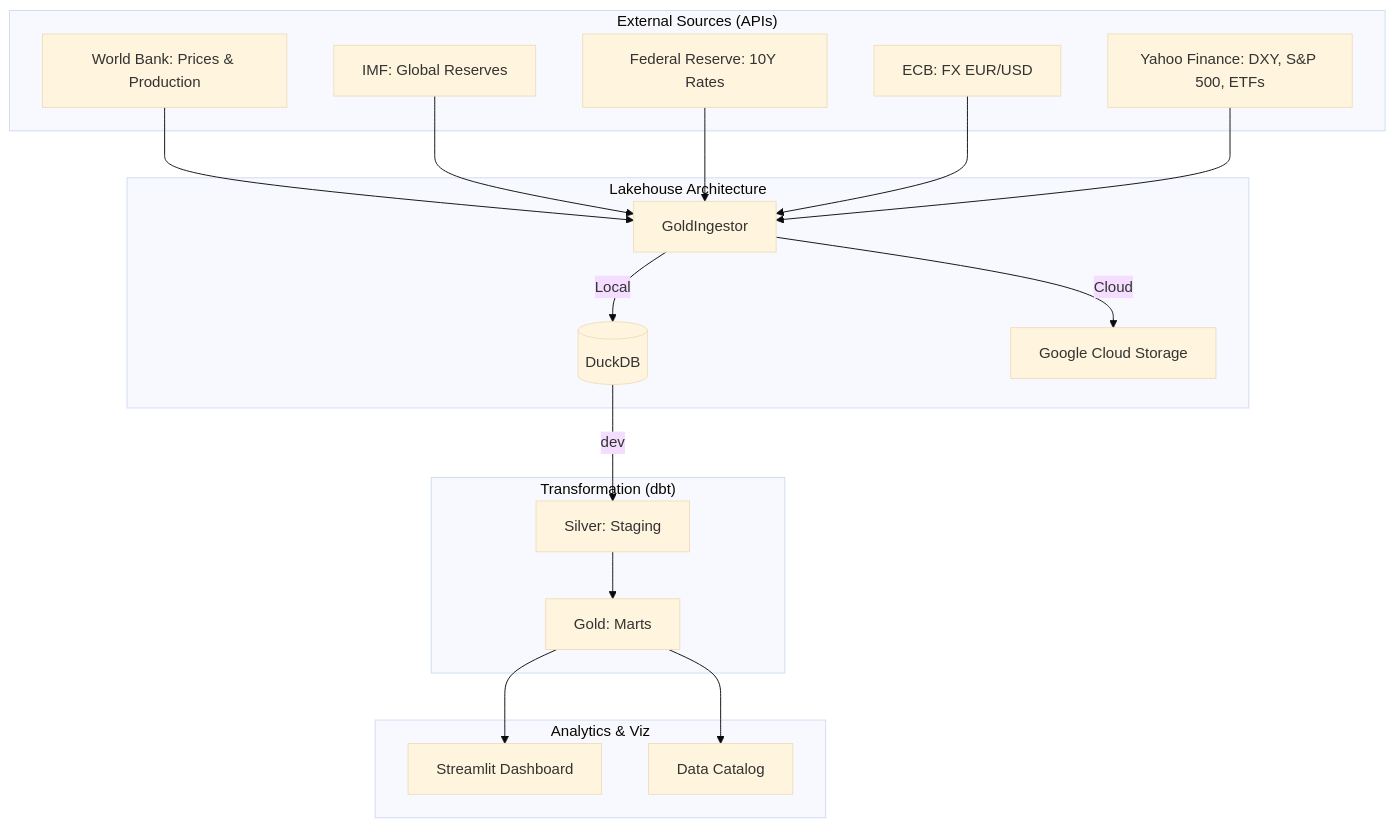
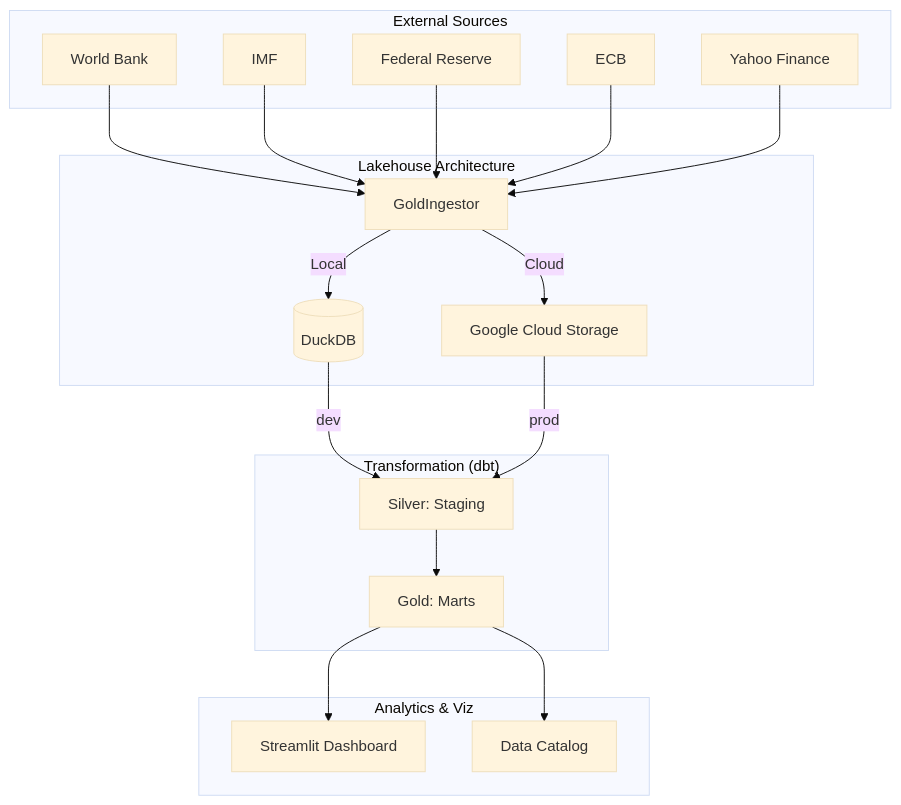
Before and after one commit to flo-kaiser/data_engineering_project: the diagram in README.md, drawn with Mermaid (base theme). The commit also changed other lines of this file, not shown here.

````diff
--- a/README.md
+++ b/README.md
@@ -14,27 +14,28 @@
 ```mermaid
 graph TD
-    subgraph "External Sources (APIs)"
-        WB[World Bank: Prices & Production]
-        IMF[IMF: Global Reserves]
-        FED[Federal Reserve: 10Y Rates]
-        ECB[ECB: FX EUR/USD]
-        YF[Yahoo Finance: DXY, S&P 500, ETFs]
+    subgraph "External Sources"
+        WB[World Bank]
+        IMF[IMF]
+        FED[Federal Reserve]
+        ECB[ECB]
+        YF[Yahoo Finance]
     end
 
     subgraph "Lakehouse Architecture"
         IM[GoldIngestor] -- Local --> DB[(DuckDB)]
         IM -- Cloud --> GCS[Google Cloud Storage]
     end
 
     subgraph "Transformation (dbt)"
         DB -- dev --> STG[Silver: Staging]
+        GCS -- prod --> STG
         STG --> GOLD[Gold: Marts]
     end
 
     subgraph "Analytics & Viz"
         GOLD --> SL[Streamlit Dashboard]
         GOLD --> DBT_DOCS[Data Catalog]
     end
 
     WB & IMF & FED & ECB & YF --> IM
 ```
````
